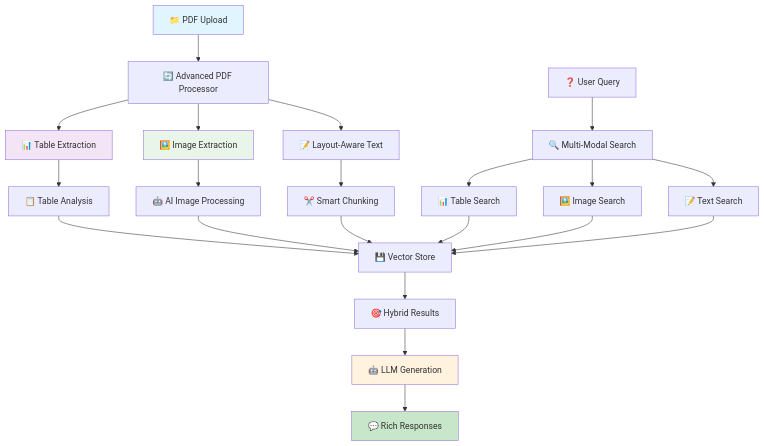
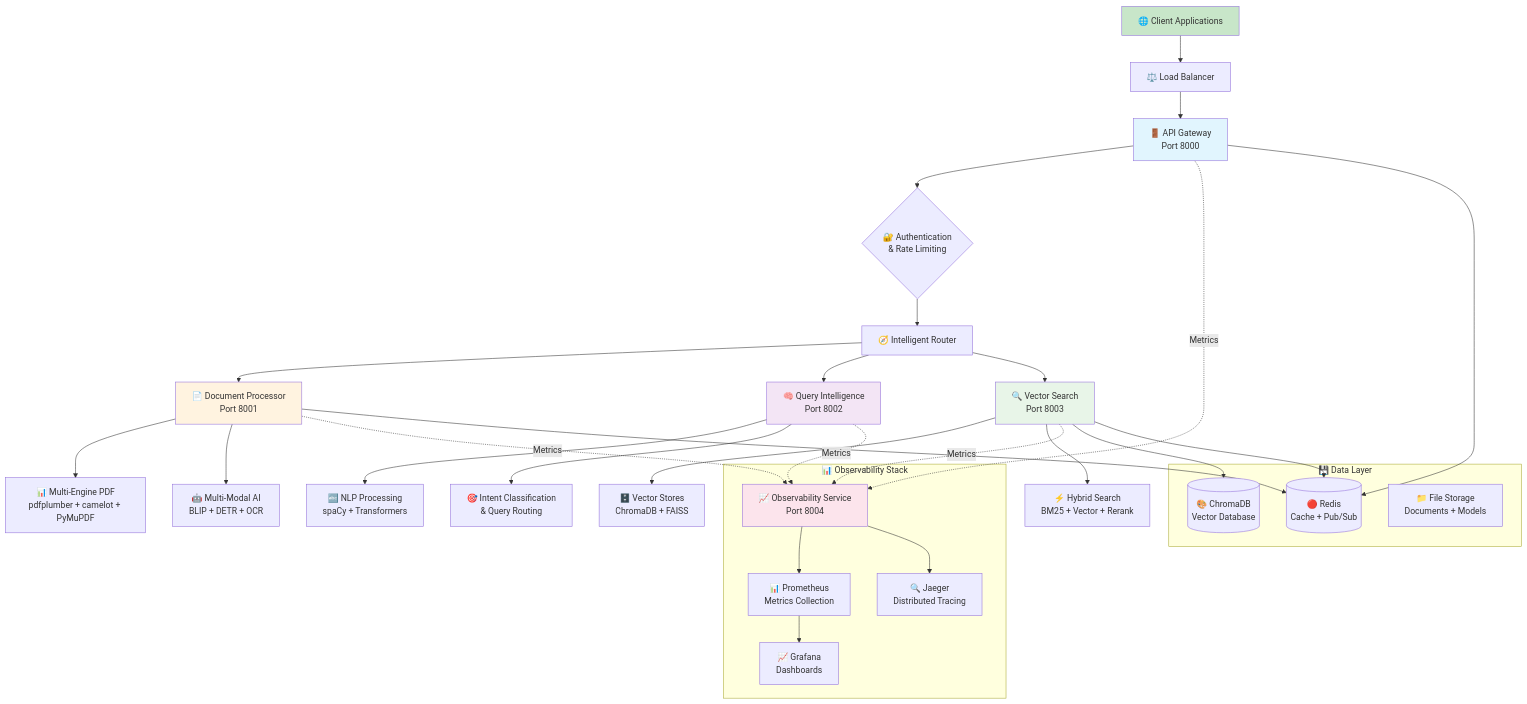
Before and after one commit to fenilsonani/rag-document-qa: the diagram in README.md, drawn with Mermaid. The commit also changed other lines of this file and 52 other files, not shown here.

````diff
--- a/README.md
+++ b/README.md
@@ -25,33 +53,55 @@
 ```mermaid
 graph TB
-    A[📁 PDF Upload] --> B[🔄 Advanced PDF Processor]
-    B --> C[📊 Table Extraction]
-    B --> D[🖼️ Image Extraction]
-    B --> E[📝 Layout-Aware Text]
+    Client[🌐 Client Applications] --> LB[⚖️ Load Balancer]
+    LB --> GW[🚪 API Gateway<br/>Port 8000]
     
-    C --> F[📋 Table Analysis]
-    D --> G[🤖 AI Image Processing]
-    E --> H[✂️ Smart Chunking]
+    GW --> AUTH{🔐 Authentication<br/>& Rate Limiting}
+    AUTH --> ROUTER[🧭 Intelligent Router]
     
-    F --> I[💾 Vector Store]
-    G --> I
-    H --> I
+    ROUTER --> DOC[📄 Document Processor<br/>Port 8001]
+    ROUTER --> QUERY[🧠 Query Intelligence<br/>Port 8002] 
+    ROUTER --> SEARCH[🔍 Vector Search<br/>Port 8003]
     
-    J[❓ User Query] --> K[🔍 Multi-Modal Search]
-    K --> L[📊 Table Search]
-    K --> M[🖼️ Image Search]
-    K --> N[📝 Text Search]
+    DOC --> PDF[📊 Multi-Engine PDF<br/>pdfplumber + camelot + PyMuPDF]
+    DOC --> AI[🤖 Multi-Modal AI<br/>BLIP + DETR + OCR]
     
-    L --> I
-    M --> I
-    N --> I
-    I --> O[🎯 Hybrid Results]
-    O --> P[🤖 LLM Generation]
-    P --> Q[💬 Rich Responses]
+    QUERY --> NLP[🔤 NLP Processing<br/>spaCy + Transformers]
+    QUERY --> INTENT[🎯 Intent Classification<br/>& Query Routing]
     
-    style A fill:#e1f5fe
-    style Q fill:#c8e6c9
-    style P fill:#fff3e0
-    style C fill:#f3e5f5
-    style D fill:#e8f5e8
+    SEARCH --> VECTOR[🗄️ Vector Stores<br/>ChromaDB + FAISS]
+    SEARCH --> HYBRID[⚡ Hybrid Search<br/>BM25 + Vector + Rerank]
+    
+    subgraph "📊 Observability Stack"
+        OBS[📈 Observability Service<br/>Port 8004]
+        PROM[📊 Prometheus<br/>Metrics Collection]
+        GRAF[📈 Grafana<br/>Dashboards]
+        JAEGER[🔍 Jaeger<br/>Distributed Tracing]
+    end
+    
+    subgraph "💾 Data Layer"
+        REDIS[(🔴 Redis<br/>Cache + Pub/Sub)]
+        CHROMA[(🎨 ChromaDB<br/>Vector Database)]
+        FILES[📁 File Storage<br/>Documents + Models]
+    end
+    
+    GW -.->|Metrics| OBS
+    DOC -.->|Metrics| OBS
+    QUERY -.->|Metrics| OBS
+    SEARCH -.->|Metrics| OBS
+    
+    DOC --> REDIS
+    SEARCH --> CHROMA
+    SEARCH --> REDIS
+    GW --> REDIS
+    
+    OBS --> PROM
+    OBS --> JAEGER
+    PROM --> GRAF
+    
+    style GW fill:#e1f5fe
+    style DOC fill:#fff3e0
+    style QUERY fill:#f3e5f5
+    style SEARCH fill:#e8f5e8
+    style OBS fill:#fce4ec
+    style Client fill:#c8e6c9
 ```
````
